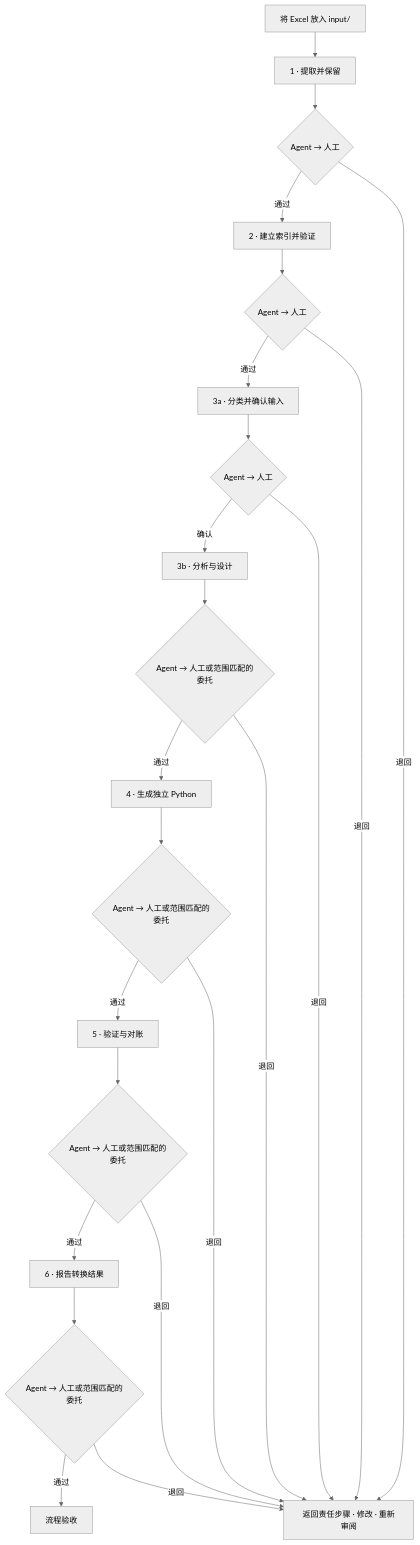
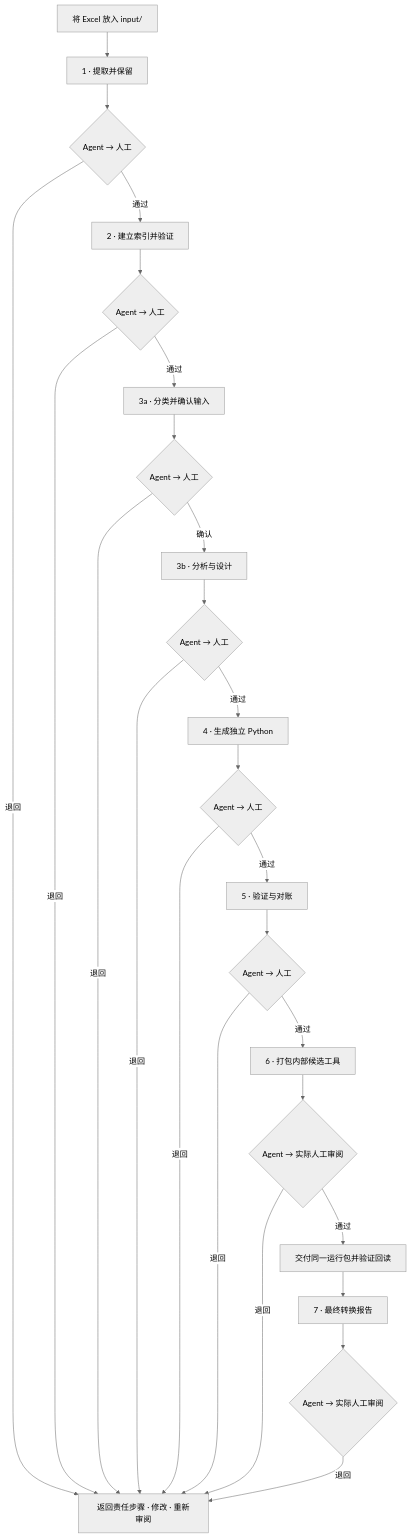
One commit to ferryhe/excel_to_act changed the diagram in README.zh-CN.md. Above: the diagram before and after it, drawn with Mermaid (neutral theme). The commit also changed other lines of this file and 63 other files, not shown here.

````diff
--- a/README.zh-CN.md
+++ b/README.zh-CN.md
@@ -9,19 +9,21 @@
 ```mermaid
 flowchart TD
     X[将 Excel 放入 input/] --> S1[1 · 提取并保留]
     S1 --> A1{Agent → 人工}
     A1 -->|通过| S2[2 · 建立索引并验证]
     S2 --> A2{Agent → 人工}
     A2 -->|通过| S3I[3a · 分类并确认输入]
     S3I --> A3I{Agent → 人工}
     A3I -->|确认| S3[3b · 分析与设计]
-    S3 --> A3{Agent → 人工或范围匹配的委托}
+    S3 --> A3{Agent → 人工}
     A3 -->|通过| S4[4 · 生成独立 Python]
-    S4 --> A4{Agent → 人工或范围匹配的委托}
+    S4 --> A4{Agent → 人工}
     A4 -->|通过| S5[5 · 验证与对账]
-    S5 --> A5{Agent → 人工或范围匹配的委托}
-    A5 -->|通过| S6[6 · 报告转换结果]
-    S6 --> A6{Agent → 人工或范围匹配的委托}
-    A6 -->|通过| D[流程验收]
-    A1 & A2 & A3I & A3 & A4 & A5 & A6 -->|退回| R[返回责任步骤 · 修改 · 重新审阅]
+    S5 --> A5{Agent → 人工}
+    A5 -->|通过| S6[6 · 打包内部候选工具]
+    S6 --> A6{Agent → 实际人工审阅}
+    A6 -->|通过| D[交付同一运行包并验证回读]
+    D --> S7[7 · 最终转换报告]
+    S7 --> A7{Agent → 实际人工审阅}
+    A1 & A2 & A3I & A3 & A4 & A5 & A6 & A7 -->|退回| R[返回责任步骤 · 修改 · 重新审阅]
 ```
````
